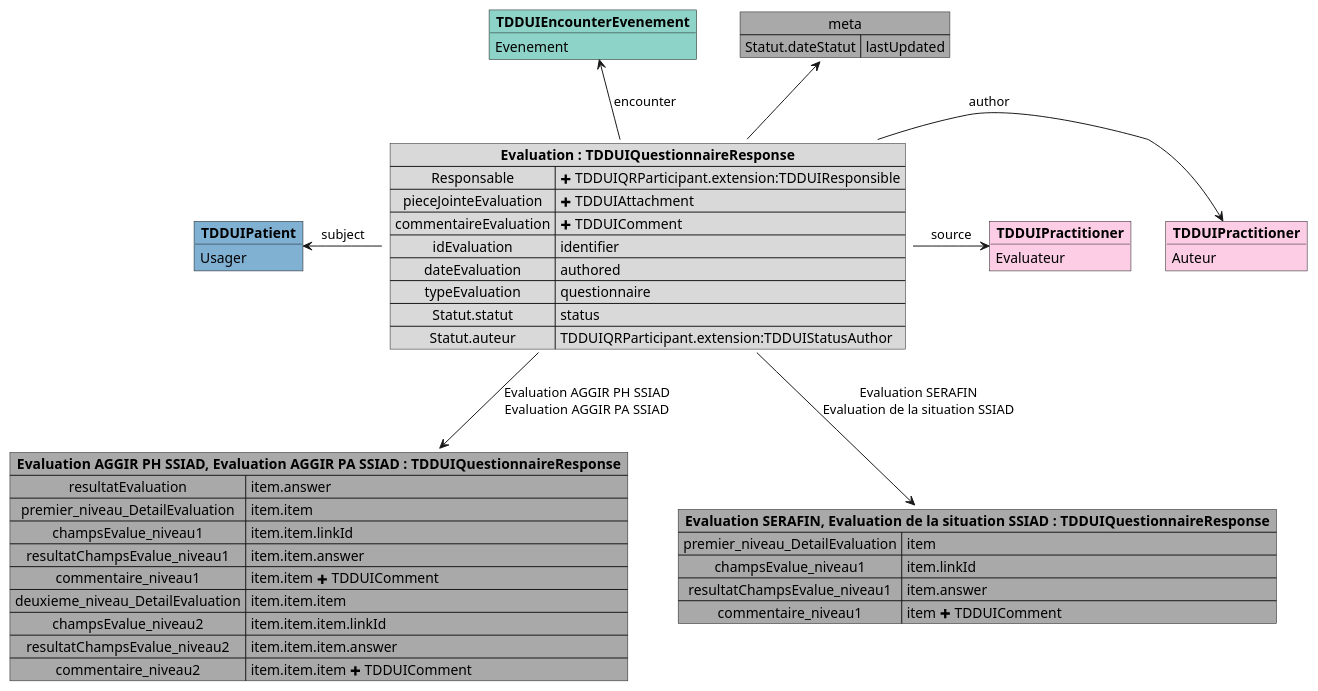
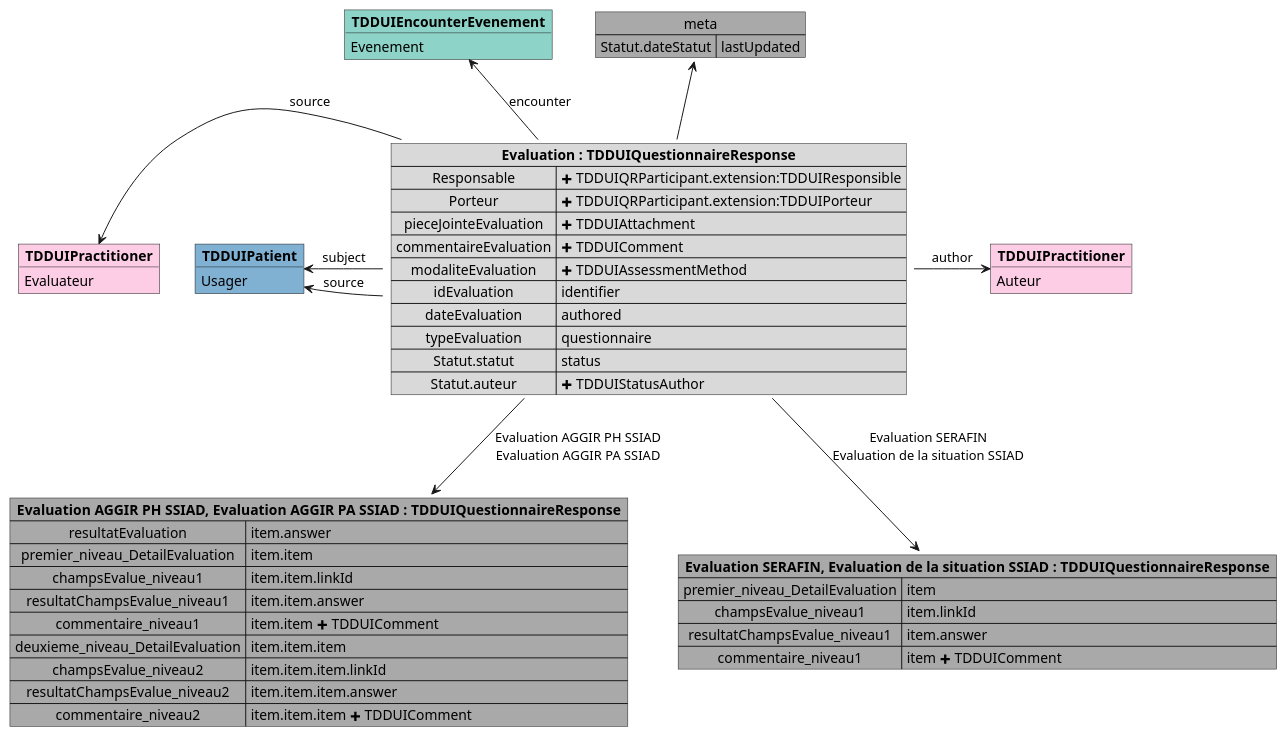
The diagram in input/images-source/mapping_TDDUIQuestionnaireResponse.plantuml (ansforge/IG-fhir-medicosocial-transfert-donnees-dui), drawn with PlantUML before and after one commit. The commit also changed 5 other files, not shown here.

```diff
--- a/input/images-source/mapping_TDDUIQuestionnaireResponse.plantuml
+++ b/input/images-source/mapping_TDDUIQuestionnaireResponse.plantuml
@@ -1,62 +1,65 @@
 @startuml
 
 map "**Evaluation AGGIR PH SSIAD, Evaluation AGGIR PA SSIAD : TDDUIQuestionnaireResponse**" as aggir #DarkGray {
     resultatEvaluation => item.answer
     premier_niveau_DetailEvaluation => item.item
     champsEvalue_niveau1 => item.item.linkId
     resultatChampsEvalue_niveau1 => item.item.answer
     commentaire_niveau1 => item.item <&plus> TDDUIComment
     deuxieme_niveau_DetailEvaluation => item.item.item
     champsEvalue_niveau2 => item.item.item.linkId
     resultatChampsEvalue_niveau2 => item.item.item.answer
     commentaire_niveau2 => item.item.item <&plus> TDDUIComment
 }
 
 map "**Evaluation SERAFIN, Evaluation de la situation SSIAD : TDDUIQuestionnaireResponse**" as autre #DarkGray {
     premier_niveau_DetailEvaluation => item
     champsEvalue_niveau1 => item.linkId
     resultatChampsEvalue_niveau1 => item.answer
     commentaire_niveau1 => item <&plus> TDDUIComment
 }
 
 object "**TDDUIEncounterEvenement**" as TDDUIEncounterEvenement #8dd3c7 {
     Evenement
 }
 
 map "meta" as meta #DarkGray {
     Statut.dateStatut => lastUpdated
 }
 
 object "**TDDUIPatient**" as TDDUIPatient_subject #80b1d3 {
     Usager
 }
 
 object "**TDDUIPractitioner**" as TDDUIPractitioner_author #fccde5 {
     Auteur
 }
 
 object "**TDDUIPractitioner**" as TDDUIPractitioner_source #fccde5 {
     Evaluateur
 }
 
 map "**Evaluation : TDDUIQuestionnaireResponse**" as Evaluation #d9d9d9 {
     Responsable => <&plus> TDDUIQRParticipant.extension:TDDUIResponsible
+    Porteur => <&plus> TDDUIQRParticipant.extension:TDDUIPorteur
     pieceJointeEvaluation => <&plus> TDDUIAttachment
     commentaireEvaluation => <&plus> TDDUIComment
+    modaliteEvaluation  => <&plus> TDDUIAssessmentMethod 
     idEvaluation => identifier
     dateEvaluation => authored
     typeEvaluation => questionnaire
     Statut.statut  => status
-    Statut.auteur => TDDUIQRParticipant.extension:TDDUIStatusAuthor
+    Statut.auteur => <&plus> TDDUIStatusAuthor
 }
 
 Evaluation -u-> meta
 Evaluation --> aggir : Evaluation AGGIR PH SSIAD\nEvaluation AGGIR PA SSIAD
 Evaluation --> autre : Evaluation SERAFIN\nEvaluation de la situation SSIAD
 
 Evaluation -l-> TDDUIPatient_subject : subject
+Evaluation -l-> TDDUIPatient_subject : source
 Evaluation -r-> TDDUIPractitioner_author : author
-Evaluation -r-> TDDUIPractitioner_source : source
- Evaluation -u-> TDDUIEncounterEvenement : encounter
+Evaluation -l-> TDDUIPractitioner_source : source
+Evaluation -u-> TDDUIEncounterEvenement : encounter
 
 @enduml
```
